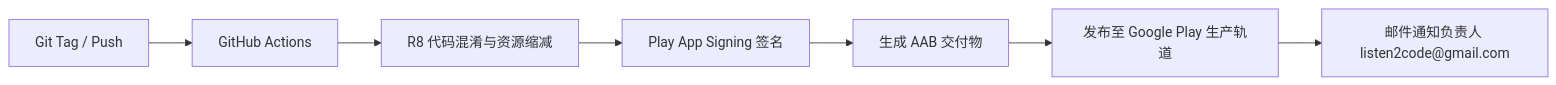
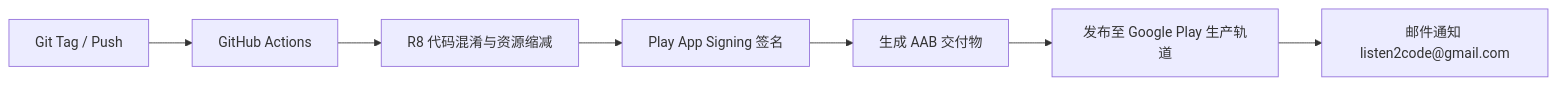
One commit to listen2code/ListenExpenseTracker changed the third of 3 diagrams in docs/architecture.md. Above: the diagram before and after it, drawn with Mermaid. The commit also changed other lines of this file and 13 other files, not shown here.

Commit message:
feat(preview): add @Preview for core feature screens and update architecture docs

````diff
--- a/docs/architecture.md
+++ b/docs/architecture.md
@@ -187,9 +433,9 @@
 ```mermaid
 flowchart LR
-    A[Git Tag / Push] --> B[GitHub Actions]
-    B --> C[R8 代码混淆与资源缩减]
-    C --> D[Play App Signing 签名]
-    D --> E[生成 AAB 交付物]
-    E --> F[发布至 Google Play 生产轨道]
-    F --> G[邮件通知负责人 listen2code@gmail.com]
+    A["Git Tag / Push"] --> B["GitHub Actions"]
+    B --> C["R8 代码混淆与资源缩减"]
+    C --> D["Play App Signing 签名"]
+    D --> E["生成 AAB 交付物"]
+    E --> F["发布至 Google Play 生产轨道"]
+    F --> G["邮件通知 listen2code@gmail.com"]
 ```
````
